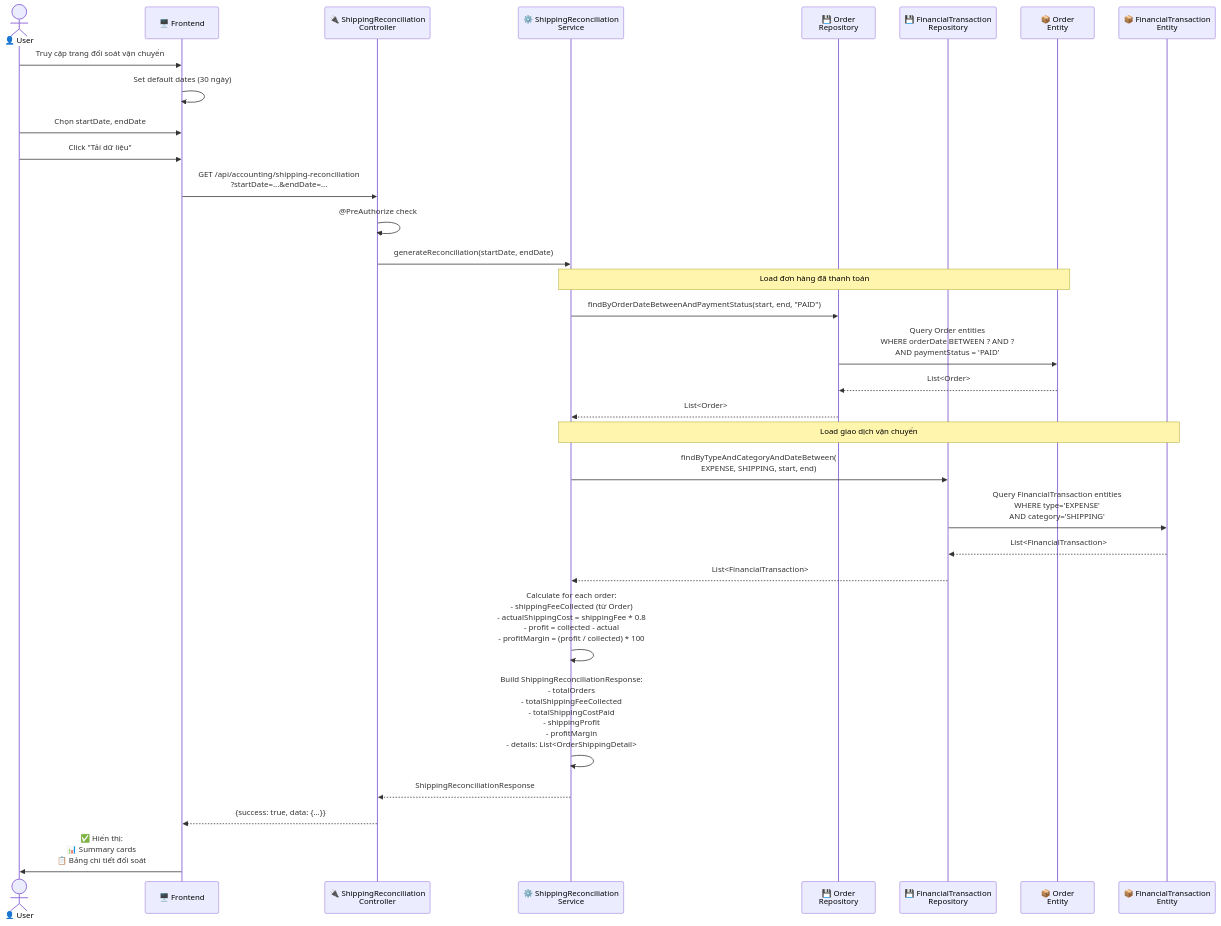
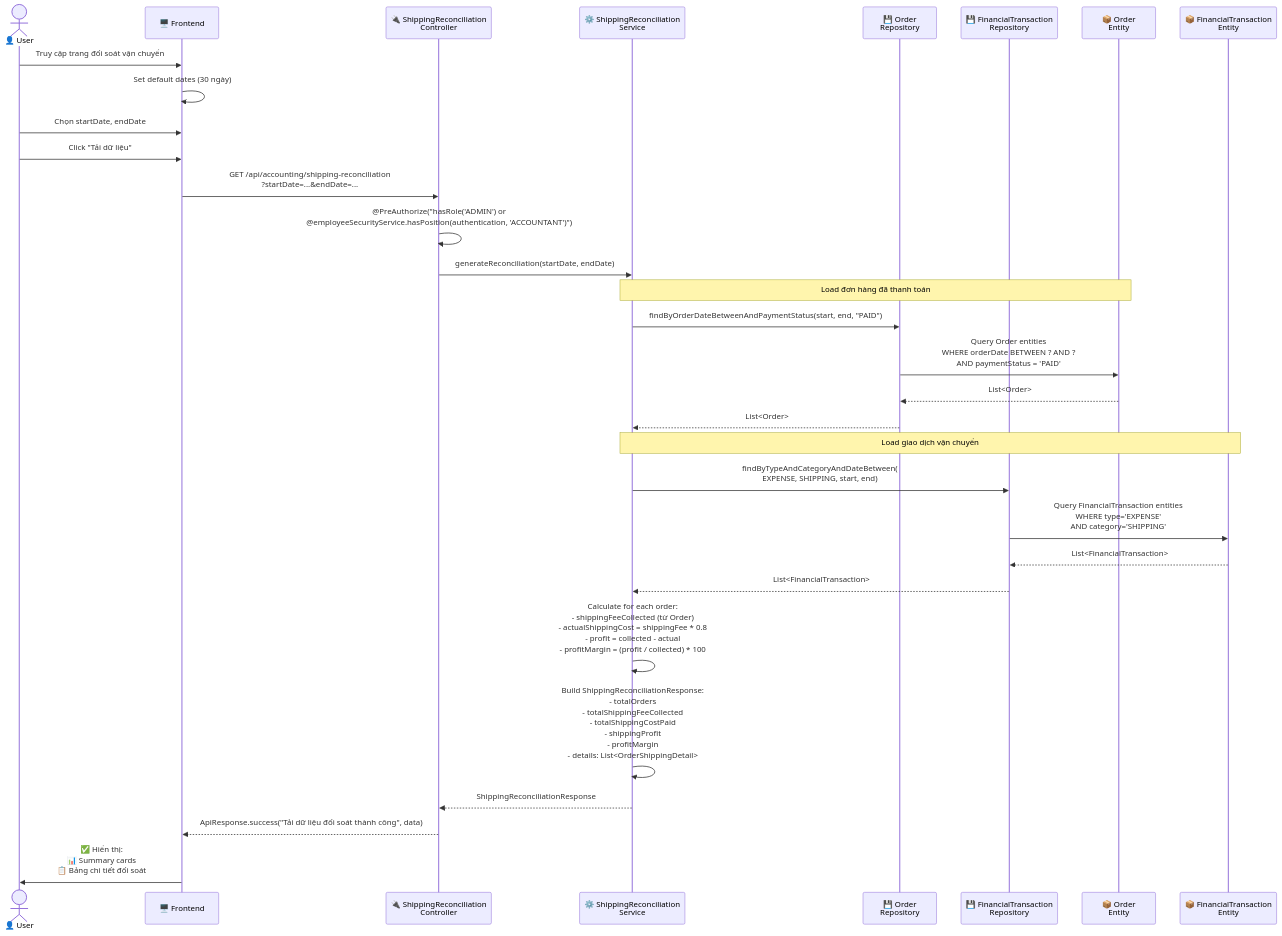
One commit to Mvuong1523/Do-an-tot-nghiep changed diagram 18 of 26 in sequence-diagram-accounting-flow.md. Above: the diagram before and after it, drawn with Mermaid. The commit also changed other lines of this file and 9 other files, not shown here.

````diff
--- a/sequence-diagram-accounting-flow.md
+++ b/sequence-diagram-accounting-flow.md
@@ -788,42 +938,42 @@
 ```mermaid
 sequenceDiagram
     actor User as 👤 User
     participant FE as 🖥️ Frontend
     participant Ctrl as 🔌 ShippingReconciliation<br/>Controller
     participant Svc as ⚙️ ShippingReconciliation<br/>Service
     participant Repo1 as 💾 Order<br/>Repository
     participant Repo2 as 💾 FinancialTransaction<br/>Repository
     participant E1 as 📦 Order<br/>Entity
     participant E2 as 📦 FinancialTransaction<br/>Entity
     
     User->>FE: Truy cập trang đối soát vận chuyển
     FE->>FE: Set default dates (30 ngày)
     
     User->>FE: Chọn startDate, endDate
     User->>FE: Click "Tải dữ liệu"
     
     FE->>Ctrl: GET /api/accounting/shipping-reconciliation<br/>?startDate=...&endDate=...
-    Ctrl->>Ctrl: @PreAuthorize check
+    Ctrl->>Ctrl: @PreAuthorize("hasRole('ADMIN') or<br/>@employeeSecurityService.hasPosition(authentication, 'ACCOUNTANT')")
     Ctrl->>Svc: generateReconciliation(startDate, endDate)
     
     Note over Svc,E1: Load đơn hàng đã thanh toán
     Svc->>Repo1: findByOrderDateBetweenAndPaymentStatus(start, end, "PAID")
     Repo1->>E1: Query Order entities<br/>WHERE orderDate BETWEEN ? AND ?<br/>AND paymentStatus = 'PAID'
     E1-->>Repo1: List<Order>
     Repo1-->>Svc: List<Order>
     
     Note over Svc,E2: Load giao dịch vận chuyển
     Svc->>Repo2: findByTypeAndCategoryAndDateBetween(<br/>EXPENSE, SHIPPING, start, end)
     Repo2->>E2: Query FinancialTransaction entities<br/>WHERE type='EXPENSE'<br/>AND category='SHIPPING'
     E2-->>Repo2: List<FinancialTransaction>
     Repo2-->>Svc: List<FinancialTransaction>
     
     Svc->>Svc: Calculate for each order:<br/>- shippingFeeCollected (từ Order)<br/>- actualShippingCost = shippingFee * 0.8<br/>- profit = collected - actual<br/>- profitMargin = (profit / collected) * 100
     
     Svc->>Svc: Build ShippingReconciliationResponse:<br/>- totalOrders<br/>- totalShippingFeeCollected<br/>- totalShippingCostPaid<br/>- shippingProfit<br/>- profitMargin<br/>- details: List<OrderShippingDetail>
     
     Svc-->>Ctrl: ShippingReconciliationResponse
-    Ctrl-->>FE: {success: true, data: {...}}
+    Ctrl-->>FE: ApiResponse.success("Tải dữ liệu đối soát thành công", data)
     
     FE->>User: ✅ Hiển thị:<br/>📊 Summary cards<br/>📋 Bảng chi tiết đối soát
 ```
````
